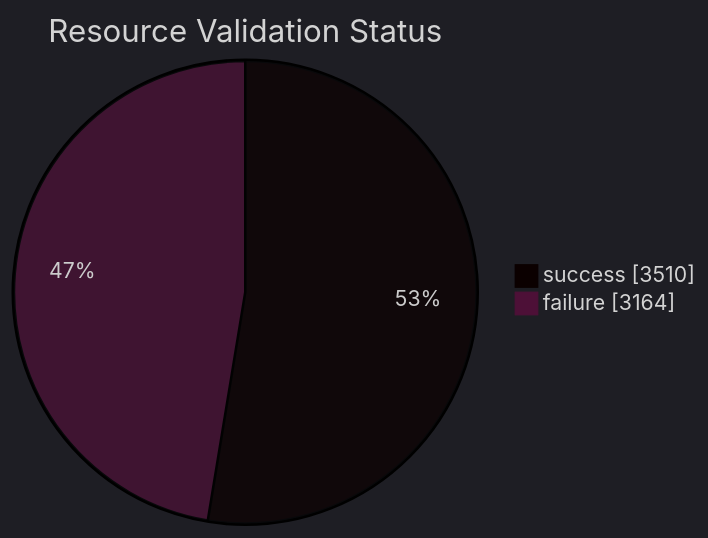
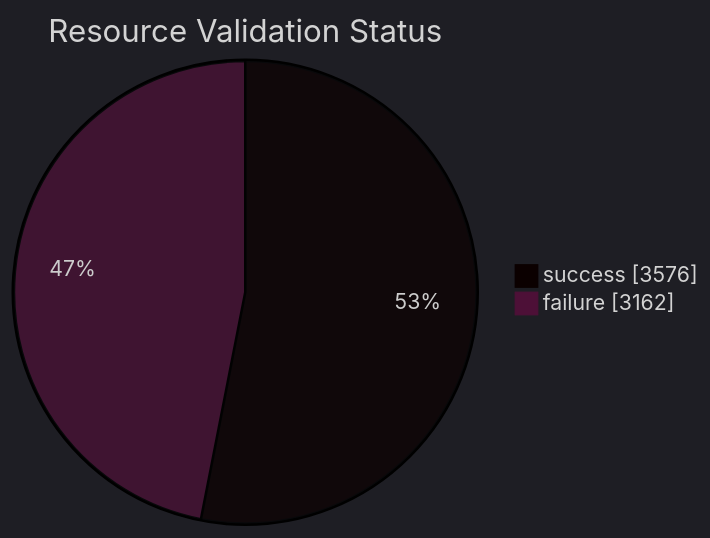
Before and after one commit to open-data/analytics-corporate-reporting: the diagram in datastore_tracker/resource_validation_status_pie_chart.md, drawn with Mermaid. The commit also changed 10 other files, not shown here.

````diff
--- a/datastore_tracker/resource_validation_status_pie_chart.md
+++ b/datastore_tracker/resource_validation_status_pie_chart.md
@@ -2,9 +2,9 @@
 ```mermaid
 ---
 config:
   theme: dark
 ---
 pie showData title Resource Validation Status
-    "success": 3510
-    "failure": 3164
+    "success": 3576
+    "failure": 3162
 ```
````
